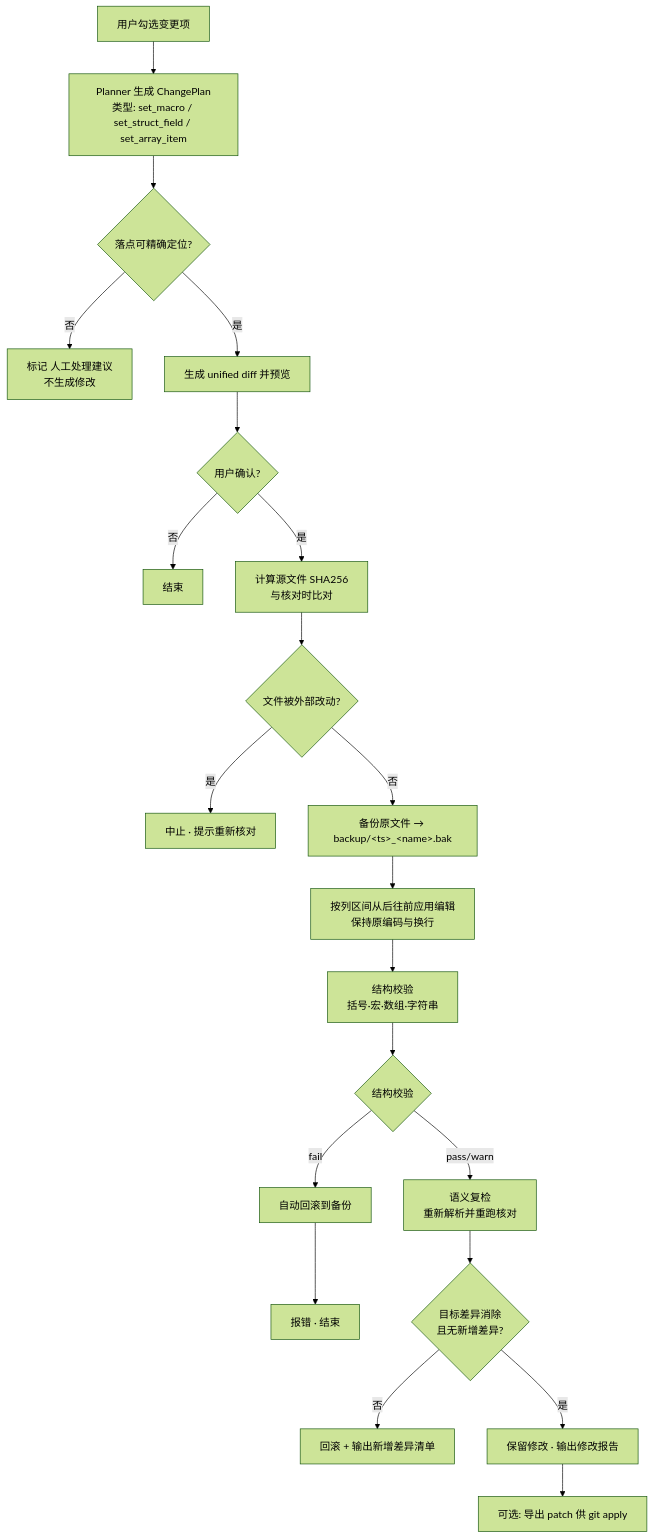
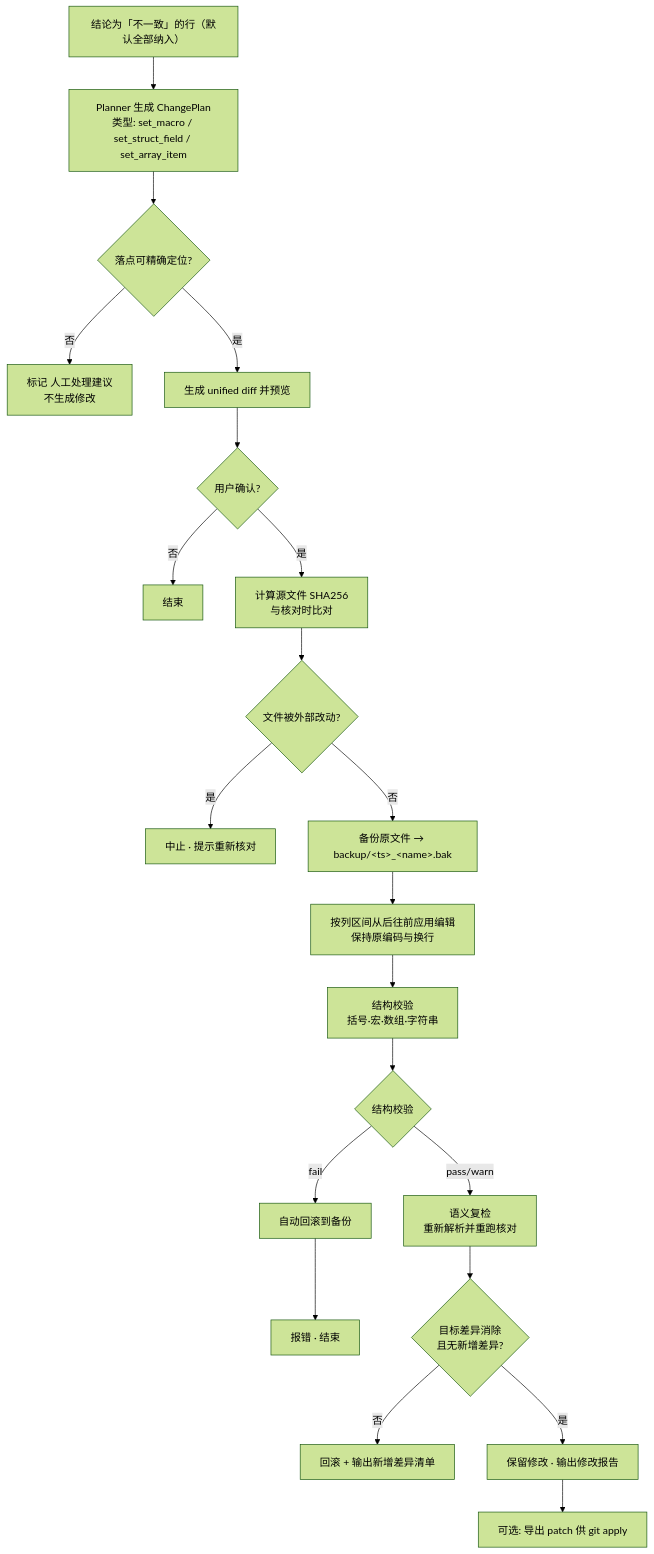
The third of 6 diagrams in docs/architecture.md (linaki-o/GenBoardConfig), drawn with Mermaid (forest theme) before and after one commit. The commit also changed other lines of this file and 10 other files, not shown here.

````diff
--- a/docs/architecture.md
+++ b/docs/architecture.md
@@ -189,22 +189,22 @@
 ```mermaid
 flowchart TD
-    A["用户勾选变更项"] --> B["Planner 生成 ChangePlan<br/>类型: set_macro / set_struct_field / set_array_item"]
+    A["结论为「不一致」的行（默认全部纳入）"] --> B["Planner 生成 ChangePlan<br/>类型: set_macro / set_struct_field / set_array_item"]
     B --> C{"落点可精确定位?"}
     C -- 否 --> D["标记 人工处理建议<br/>不生成修改"]
     C -- 是 --> E["生成 unified diff 并预览"]
     E --> F{"用户确认?"}
     F -- 否 --> Z["结束"]
     F -- 是 --> G["计算源文件 SHA256<br/>与核对时比对"]
     G --> H{"文件被外部改动?"}
     H -- 是 --> I["中止 · 提示重新核对"]
     H -- 否 --> J["备份原文件 → backup/&lt;ts&gt;_&lt;name&gt;.bak"]
     J --> K["按列区间从后往前应用编辑<br/>保持原编码与换行"]
     K --> L["结构校验<br/>括号·宏·数组·字符串"]
     L --> M{"结构校验"}
     M -- fail --> N["自动回滚到备份"] --> O["报错 · 结束"]
     M -- pass/warn --> P["语义复检<br/>重新解析并重跑核对"]
     P --> Q{"目标差异消除<br/>且无新增差异?"}
     Q -- 否 --> R["回滚 + 输出新增差异清单"]
     Q -- 是 --> S["保留修改 · 输出修改报告"]
     S --> T["可选: 导出 patch 供 git apply"]
 ```
````
